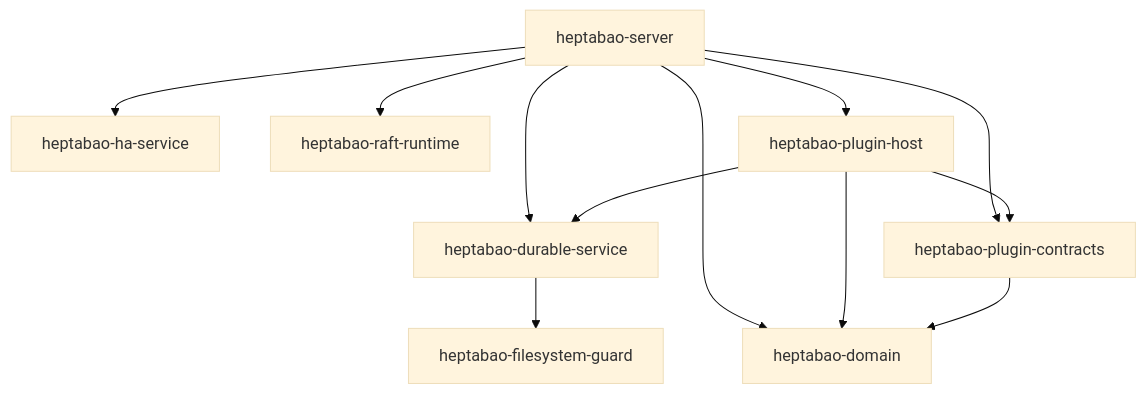
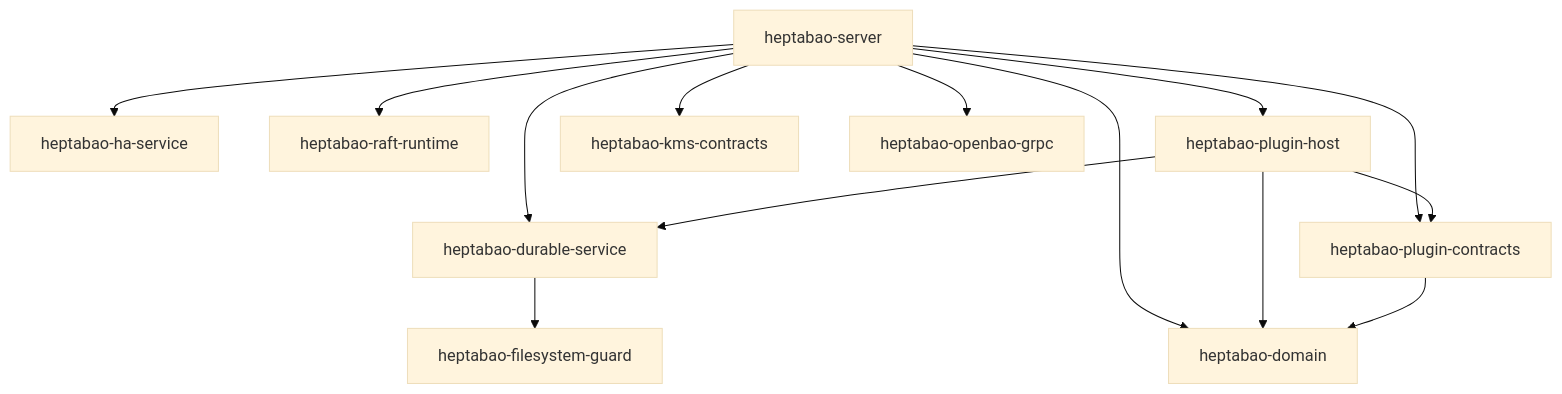
Before and after one commit to TrillionniumFoundation/HeptaBao: the first of 2 diagrams in docs/architecture/HEPTABAO_CURRENT_RUNTIME_ARCHITECTURE.md, drawn with Mermaid (base theme). The commit also changed other lines of this file and 10 other files, not shown here.

````diff
--- a/docs/architecture/HEPTABAO_CURRENT_RUNTIME_ARCHITECTURE.md
+++ b/docs/architecture/HEPTABAO_CURRENT_RUNTIME_ARCHITECTURE.md
@@ -9,14 +9,16 @@
 ```mermaid
 flowchart TD
     Server["heptabao-server"] --> Durable["heptabao-durable-service"]
     Server --> Transport["heptabao-ha-service"]
     Server --> Raft["heptabao-raft-runtime"]
     Durable --> Guard["heptabao-filesystem-guard"]
     Server --> Domain["heptabao-domain"]
     Server --> Contracts["heptabao-plugin-contracts"]
     Server --> Plugin["heptabao-plugin-host"]
+    Server --> KMS["heptabao-kms-contracts"]
+    Server --> Wrapper["heptabao-openbao-grpc"]
     Plugin --> Durable
     Plugin --> Contracts
     Plugin --> Domain
     Contracts --> Domain
 ```
````
